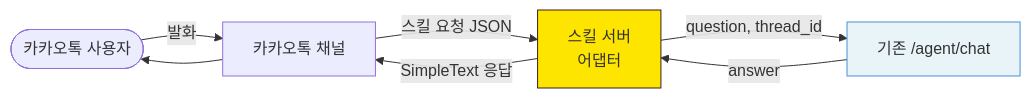
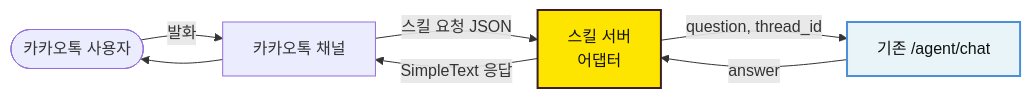
The tenth of 10 diagrams in README.md (Dongju-00/eric-chatagent), drawn with Mermaid before and after one commit. The commit also changed other lines of this file, not shown here.

Commit message:
README 재작성

````diff
--- a/README.md
+++ b/README.md
@@ -684,12 +681,12 @@
 ```mermaid
 flowchart LR
     KT([카카오톡 사용자]) -->|발화| CH[카카오톡 채널]
     CH -->|스킬 요청 JSON| SKILL[스킬 서버<br/>어댑터]
     SKILL -->|question, thread_id| API[기존 /agent/chat]
     API -->|answer| SKILL
     SKILL -->|SimpleText 응답| CH
     CH --> KT
 
-    style SKILL fill:#fee500,stroke:#3c1e1e
-    style API fill:#e8f4f8,stroke:#4a90d9
+    style SKILL fill:#fee500,stroke:#3c1e1e,stroke-width:2px,color:#111111
+    style API fill:#e8f4f8,stroke:#4a90d9,stroke-width:2px,color:#111111
 ```
````
